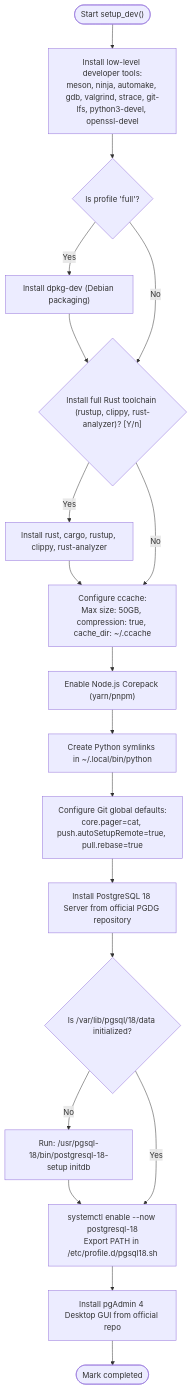
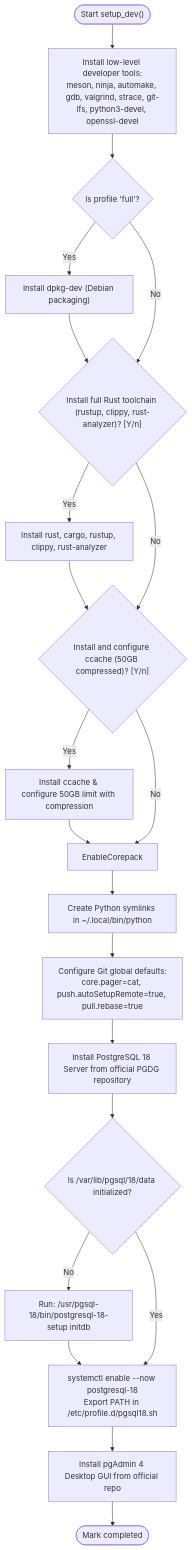
One commit to kk376/fedora-post-install changed diagram 13 of 21 in PSEUDOCODE.md. Above: the diagram before and after it, drawn with Mermaid. The commit also changed 5 other files, not shown here.

First line of the commit message:
feat(dev): gate ccache behind systems genre with interactive disclaimer prompt

````diff
--- a/PSEUDOCODE.md
+++ b/PSEUDOCODE.md
@@ -346,26 +346,27 @@
 ```mermaid
 flowchart TD
     StartDev(["Start setup_dev()"]) --> InstallDevTools["Install low-level developer tools:<br/>meson, ninja, automake, gdb, valgrind, strace, git-lfs, python3-devel, openssl-devel"]
     InstallDevTools --> CheckFullProfile{"Is profile 'full'?"}
     
     CheckFullProfile -- Yes --> InstallDpkgDev["Install dpkg-dev (Debian packaging)"] --> RustPrompt
     CheckFullProfile -- No --> RustPrompt
     
     RustPrompt{"Install full Rust toolchain (rustup, clippy, rust-analyzer)? [Y/n]"}
-    RustPrompt -- Yes --> InstallRust["Install rust, cargo, rustup, clippy, rust-analyzer"] --> ConfigCcache
-    RustPrompt -- No --> ConfigCcache
+    RustPrompt -- Yes --> InstallRust["Install rust, cargo, rustup, clippy, rust-analyzer"] --> CcachePrompt
+    RustPrompt -- No --> CcachePrompt
     
-    ConfigCcache["Configure ccache:<br/>Max size: 50GB, compression: true, cache_dir: ~/.ccache"]
-    ConfigCcache --> EnableCorepack["Enable Node.js Corepack (yarn/pnpm)"]
+    CcachePrompt{"Install and configure ccache (50GB compressed)? [Y/n]"}
+    CcachePrompt -- Yes --> InstallCcache["Install ccache & configure 50GB limit with compression"] --> EnableCorepack
+    CcachePrompt -- No --> EnableCorepack
     EnableCorepack --> PythonSymlinks["Create Python symlinks in ~/.local/bin/python"]
     PythonSymlinks --> GitDefaults["Configure Git global defaults:<br/>core.pager=cat, push.autoSetupRemote=true, pull.rebase=true"]
     GitDefaults --> InstallPG18["Install PostgreSQL 18 Server from official PGDG repository"]
     InstallPG18 --> InitPG18{"Is /var/lib/pgsql/18/data initialized?"}
     
     InitPG18 -- No --> RunInitDB["Run: /usr/pgsql-18/bin/postgresql-18-setup initdb"] --> EnablePGService
     InitPG18 -- Yes --> EnablePGService
     
     EnablePGService["systemctl enable --now postgresql-18<br/>Export PATH in /etc/profile.d/pgsql18.sh"]
     EnablePGService --> InstallPGAdmin["Install pgAdmin 4 Desktop GUI from official repo"]
     InstallPGAdmin --> EndDev(["Mark completed"])
 ```
````
